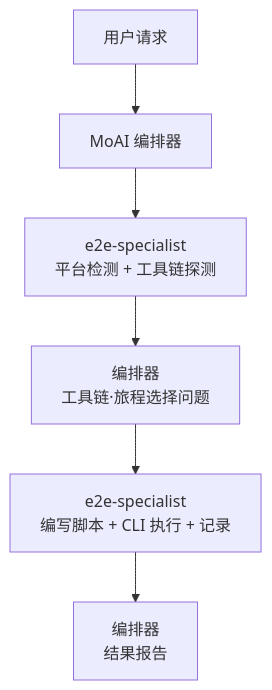
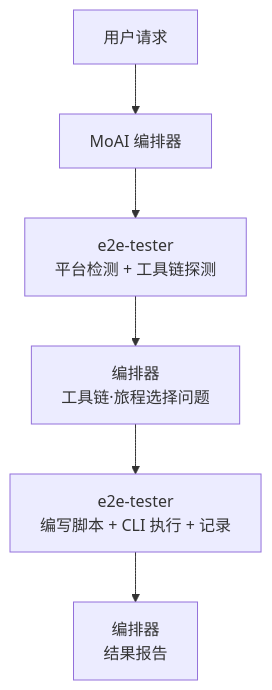
Before and after one commit to modu-ai/moai-adk: the second of 2 diagrams in docs-site/content/zh/utility-commands/moai-e2e.md, drawn with Mermaid. The commit also changed other lines of this file and 72 other files, not shown here.

First line of the commit message:
refactor: rename e2e-specialist agent → e2e-tester

````diff
--- a/docs-site/content/zh/utility-commands/moai-e2e.md
+++ b/docs-site/content/zh/utility-commands/moai-e2e.md
@@ -157,8 +157,8 @@
 ```mermaid
 flowchart TD
     User["用户请求"] --> Orchestrator["MoAI 编排器"]
-    Orchestrator --> Detect["e2e-specialist<br/>平台检测 + 工具链探测"]
+    Orchestrator --> Detect["e2e-tester<br/>平台检测 + 工具链探测"]
     Detect --> Ask["编排器<br/>工具链·旅程选择问题"]
-    Ask --> Exec["e2e-specialist<br/>编写脚本 + CLI 执行 + 记录"]
+    Ask --> Exec["e2e-tester<br/>编写脚本 + CLI 执行 + 记录"]
     Exec --> Report["编排器<br/>结果报告"]
 ```
````
